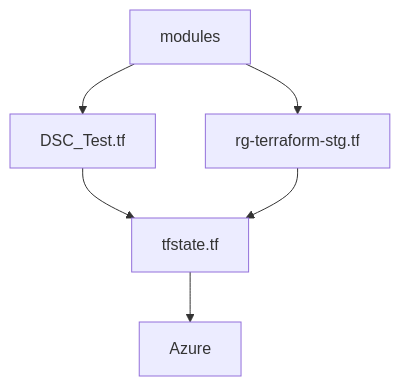
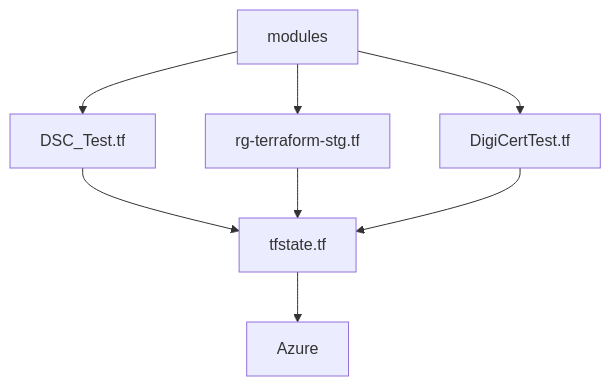
One commit to sensaehf/az-tf-sensatech changed the diagram in README.md. Above: the diagram before and after it, drawn with Mermaid.

````diff
--- a/README.md
+++ b/README.md
@@ -11,8 +11,10 @@
 ```mermaid
 graph TD;
     modules-->DSC_Test.tf;
     modules-->rg-terraform-stg.tf;
+    modules-->DigiCertTest.tf;
     DSC_Test.tf-->tfstate.tf;
     rg-terraform-stg.tf-->tfstate.tf;
+    DigiCertTest.tf-->tfstate.tf;
     tfstate.tf-->Azure;
 ```
````
